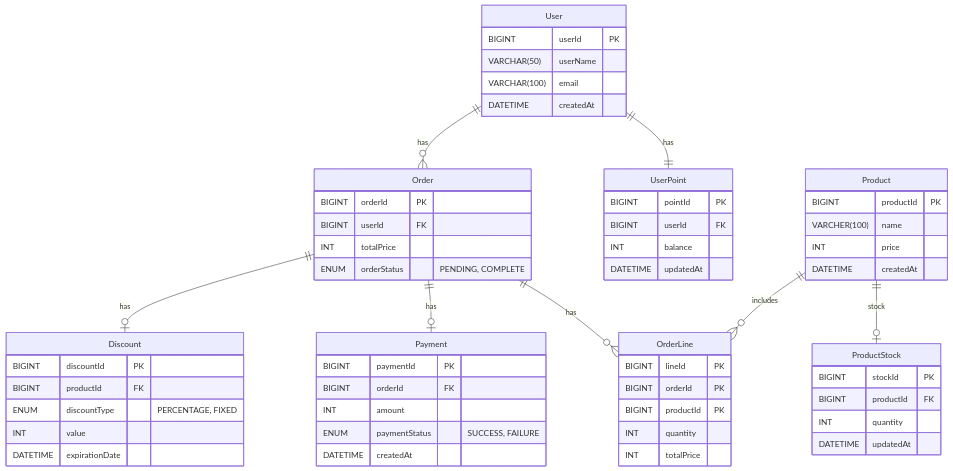
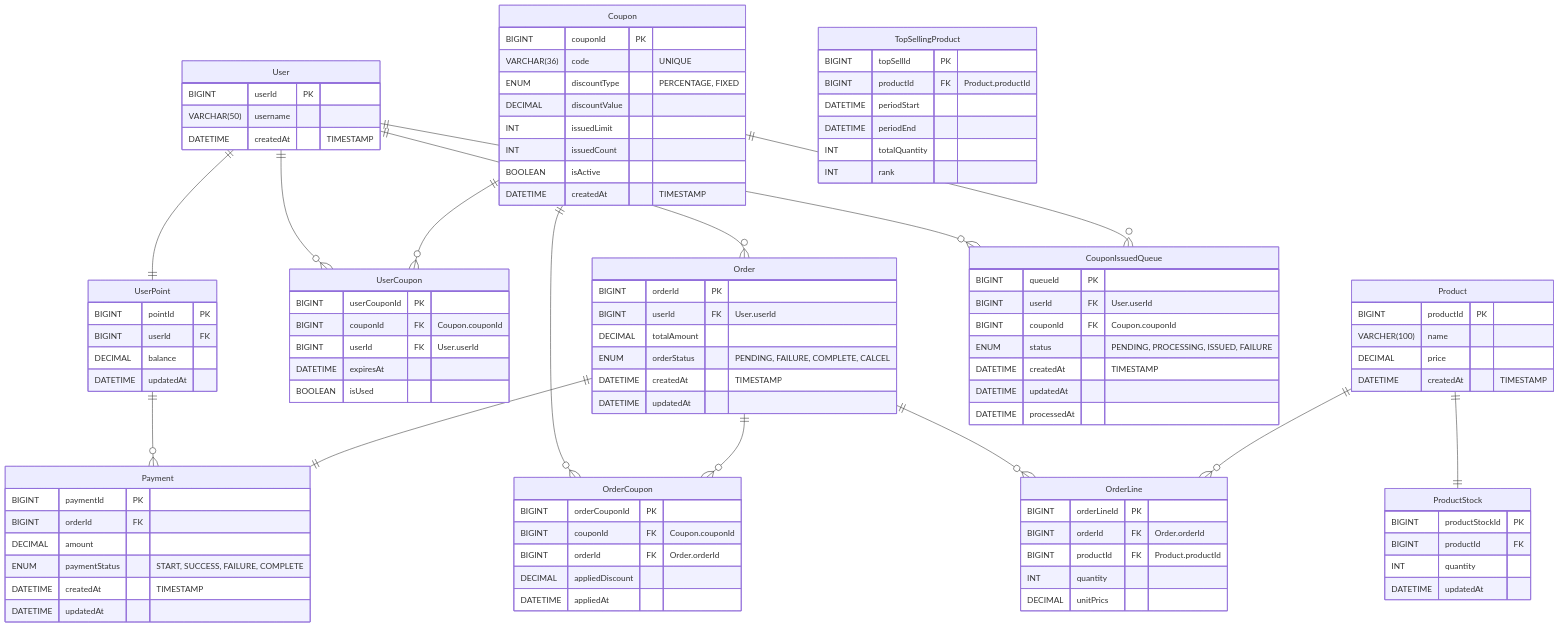
One commit to chapakook/kotlin-ecommerce changed the first of 5 diagrams in docs/erd.md. Above: the diagram before and after it, drawn with Mermaid. The commit also changed other lines of this file, not shown here.

Commit message:
[DOC] erd.md 수정, Discount 삭제, Coupon 및 집계관련 테이블 추가 - closed #29

````diff
--- a/docs/erd.md
+++ b/docs/erd.md
@@ -15,62 +19,104 @@
 ```mermaid
 erDiagram
-    User ||--|| UserPoint : has
-    User ||--o{ Order : has
-    Order ||--o{ OrderLine : has
-    Order ||--o| Payment : has
-    Order ||--o| Discount : has
-    Product ||--o| ProductStock : stock
-    Product ||--o{ OrderLine : includes
+    User ||--|| UserPoint : ""
+    User ||--o{ UserCoupon : ""
+    UserPoint ||--o{ Payment : ""
+    Coupon ||--o{ UserCoupon : ""
+    Coupon ||--o{ OrderCoupon : ""
+    Order ||--o{ OrderCoupon : ""
+    User ||--o{ Order : "" 
+    Order ||--|| Payment : ""
+    Order ||--o{ OrderLine : ""
+    Product ||--o{ OrderLine : ""
+    Product ||--|| ProductStock : ""
+    User ||--o{ CouponIssuedQueue: ""
+    Coupon ||--o{ CouponIssuedQueue: ""
     
     User{
         BIGINT userId PK
-        VARCHAR(50) userName
-        VARCHAR(100) email
-        DATETIME createdAt
+        VARCHAR(50) username
+        DATETIME createdAt "TIMESTAMP"
     }
     UserPoint{
         BIGINT pointId PK
         BIGINT userId FK
-        INT balance
+        DECIMAL balance
         DATETIME updatedAt
     }
     Payment{
         BIGINT paymentId PK
         BIGINT orderId FK
-        INT amount
-        ENUM paymentStatus "SUCCESS, FAILURE"
-        DATETIME createdAt
+        DECIMAL amount
+        ENUM paymentStatus "START, SUCCESS, FAILURE, COMPLETE"
+        DATETIME createdAt "TIMESTAMP"
+        DATETIME updatedAt  
     }
-    Discount{
-        BIGINT discountId PK
-        BIGINT productId FK
+    Coupon{
+        BIGINT couponId PK
+        VARCHAR(36) code "UNIQUE"
         ENUM discountType "PERCENTAGE, FIXED"
-        INT value 
-        DATETIME expirationDate
+        DECIMAL discountValue
+        INT issuedLimit
+        INT issuedCount
+        BOOLEAN isActive
+        DATETIME createdAt "TIMESTAMP"
+    }
+    UserCoupon{
+        BIGINT userCouponId PK
+        BIGINT couponId FK "Coupon.couponId"
+        BIGINT userId FK "User.userId"
+        DATETIME expiresAt
+        BOOLEAN isUsed
+    }
+    OrderCoupon{
+        BIGINT orderCouponId PK
+        BIGINT couponId FK "Coupon.couponId"
+        BIGINT orderId FK "Order.orderId"
+        DECIMAL appliedDiscount
+        DATETIME appliedAt
     }
     Order{
         BIGINT orderId PK
-        BIGINT userId FK
-        INT totalPrice
-        ENUM orderStatus "PENDING, COMPLETE"
+        BIGINT userId FK "User.userId"
+        DECIMAL totalAmount
+        ENUM orderStatus "PENDING, FAILURE, COMPLETE, CALCEL"
+        DATETIME createdAt "TIMESTAMP"
+        DATETIME updatedAt  
     }
     OrderLine{
-        BIGINT lineId PK
-        BIGINT orderId PK
-        BIGINT productId PK
+        BIGINT orderLineId PK
+        BIGINT orderId FK "Order.orderId"
+        BIGINT productId FK "Product.productId"
         INT quantity
-        INT totalPrice
+        DECIMAL unitPrics
     }
     Product{
         BIGINT productId PK
         VARCHER(100) name
-        INT price
-        DATETIME createdAt
+        DECIMAL price
+        DATETIME createdAt "TIMESTAMP"
     }
     ProductStock{
-        BIGINT stockId PK
+        BIGINT productStockId PK
         BIGINT productId FK
         INT quantity
         DATETIME updatedAt
     }
+    CouponIssuedQueue{
+        BIGINT queueId PK
+        BIGINT userId FK "User.userId"
+        BIGINT couponId FK "Coupon.couponId"
+        ENUM status "PENDING, PROCESSING, ISSUED, FAILURE"
+        DATETIME createdAt "TIMESTAMP"
+        DATETIME updatedAt
+        DATETIME processedAt
+    }
+    TopSellingProduct{
+        BIGINT topSellId PK
+        BIGINT productId FK "Product.productId"
+        DATETIME periodStart
+        DATETIME periodEnd
+        INT totalQuantity 
+        INT rank
+    }
 ```
````
